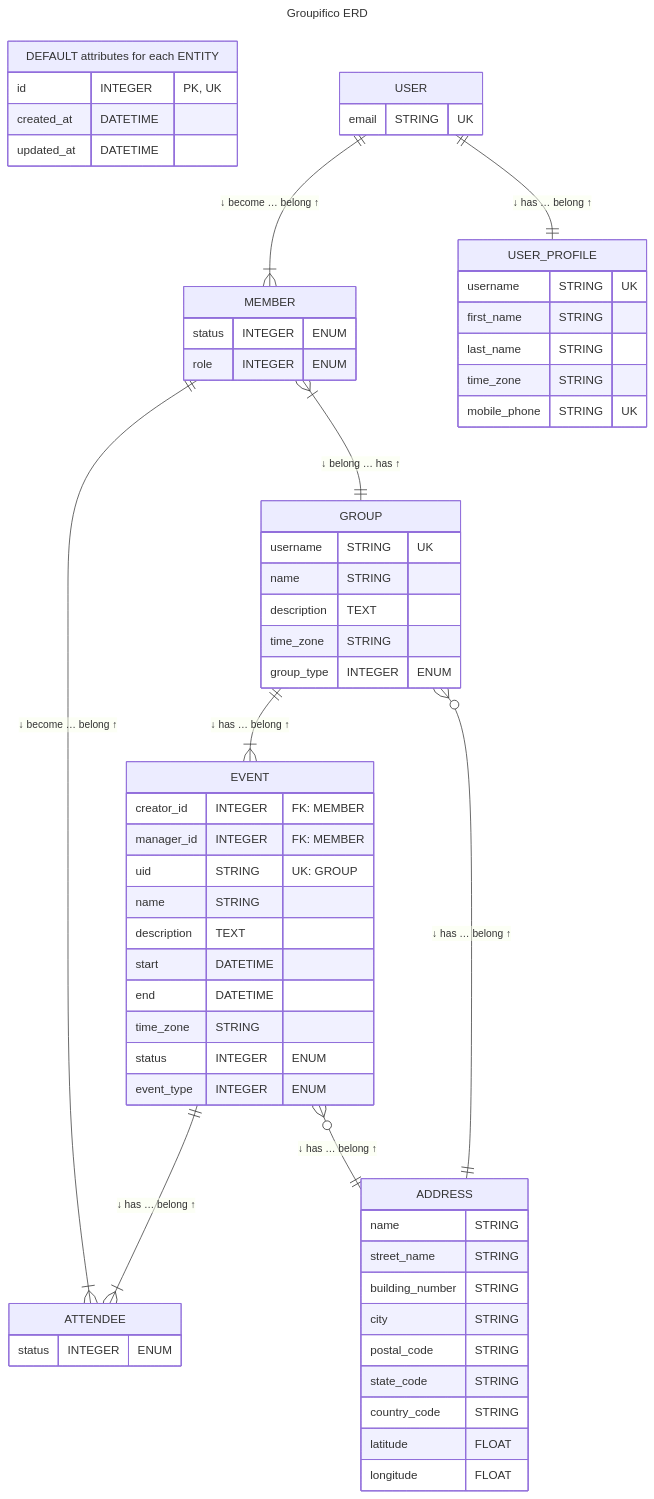
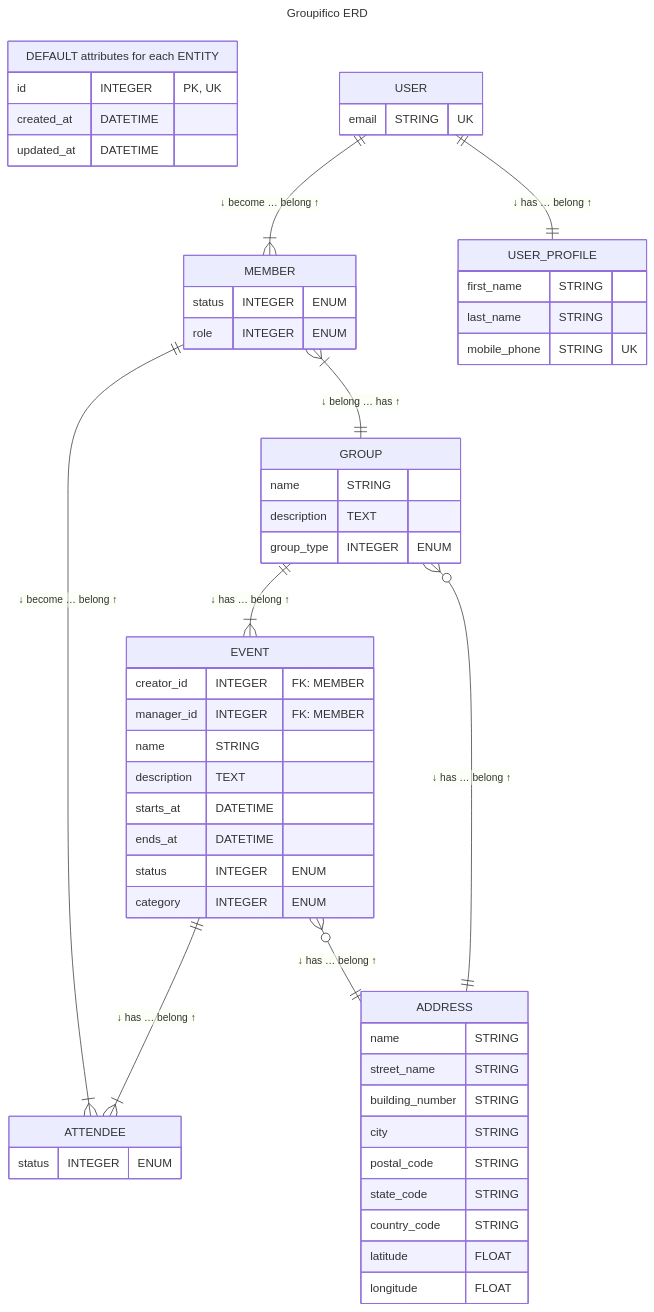
The diagram in README.md (izkreny/groupifico), drawn with Mermaid before and after one commit.

```diff
--- a/README.md
+++ b/README.md
@@ -99,18 +99,18 @@
   }
 
   USER_PROFILE {
-    username     STRING "UK"
+    %%username     STRING "UK"
     first_name   STRING
     last_name    STRING
-    time_zone    STRING
+    %%time_zone    STRING
     mobile_phone STRING "UK"
   }
 
   GROUP {
-    username    STRING "UK"
+    %%username    STRING "UK"
     name        STRING
     description TEXT
-    time_zone   STRING
+    %%time_zone   STRING
     group_type  INTEGER "ENUM"
   }
 
@@ -122,14 +122,14 @@
   EVENT {
     creator_id  INTEGER "FK: MEMBER"
     manager_id  INTEGER "FK: MEMBER"
-    uid         STRING "UK: GROUP"
+    %%uid         STRING "UK: GROUP"
     name        STRING
     description TEXT
-    start       DATETIME
-    end         DATETIME
-    time_zone   STRING
+    starts_at   DATETIME
+    ends_at     DATETIME
+    %%time_zone   STRING
     status      INTEGER "ENUM"
-    event_type  INTEGER "ENUM"
+    category    INTEGER "ENUM"
   }
 
   ATTENDEE {
```
